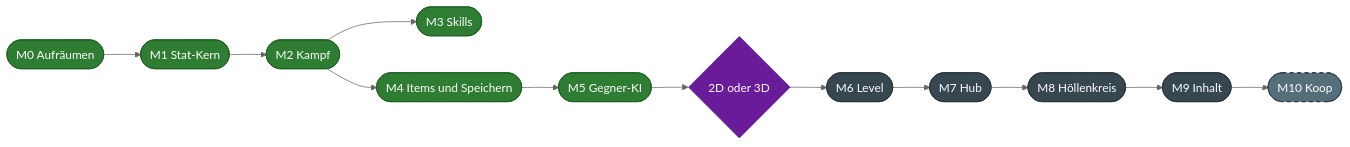
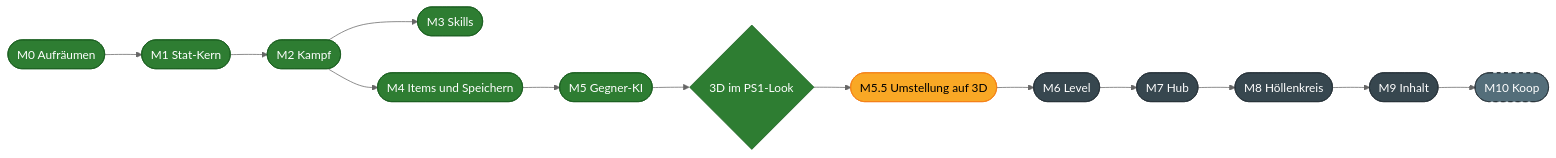
The diagram in README.md (sharedboidev/Hoellenspiralenspiel), drawn with Mermaid (neutral theme) before and after one commit. The commit also changed other lines of this file and 36 other files, not shown here.

````diff
--- a/README.md
+++ b/README.md
@@ -321,15 +364,15 @@
 ```mermaid
 flowchart LR
     M0(["M0 Aufräumen"]):::done --> M1(["M1 Stat-Kern"]):::done --> M2(["M2 Kampf"]):::done
     M2 --> M3(["M3 Skills"]):::done
     M2 --> M4(["M4 Items und Speichern"]):::done
-    M4 --> M5(["M5 Gegner-KI"]):::done --> D{"2D oder 3D"}:::decision
-    D --> M6(["M6 Level"]):::open --> M7(["M7 Hub"]):::open --> M8(["M8 Höllenkreis"]):::open
+    M4 --> M5(["M5 Gegner-KI"]):::done --> D{"3D im PS1-Look"}:::done
+    D --> U(["M5.5 Umstellung auf 3D"]):::next --> M6(["M6 Level"]):::open --> M7(["M7 Hub"]):::open --> M8(["M8 Höllenkreis"]):::open
     M8 --> M9(["M9 Inhalt"]):::open --> M10(["M10 Koop"]):::optional
 
     classDef done fill:#2e7d32,color:#ffffff,stroke:#1b5e20
     classDef next fill:#f9a825,color:#000000,stroke:#f57f17
     classDef open fill:#37474f,color:#ffffff,stroke:#263238
     classDef decision fill:#6a1b9a,color:#ffffff,stroke:#4a148c
     classDef optional fill:#546e7a,color:#ffffff,stroke:#263238,stroke-dasharray: 5 5
 ```
````
